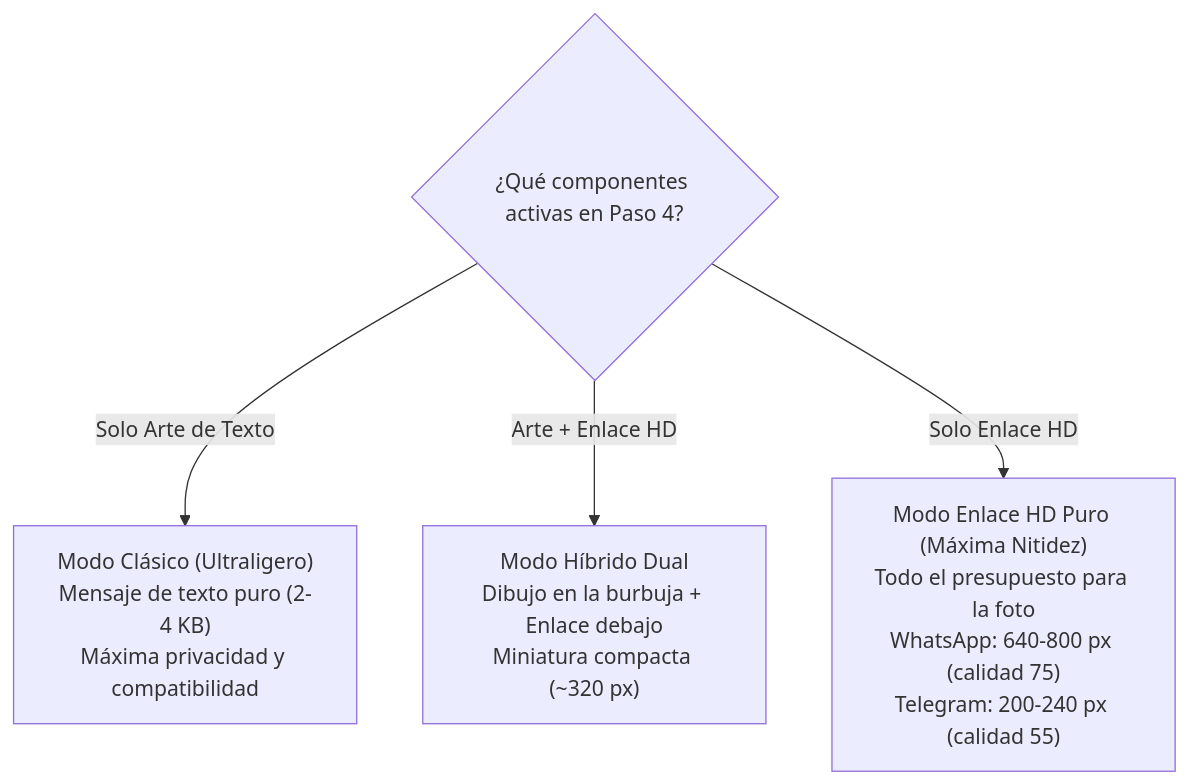
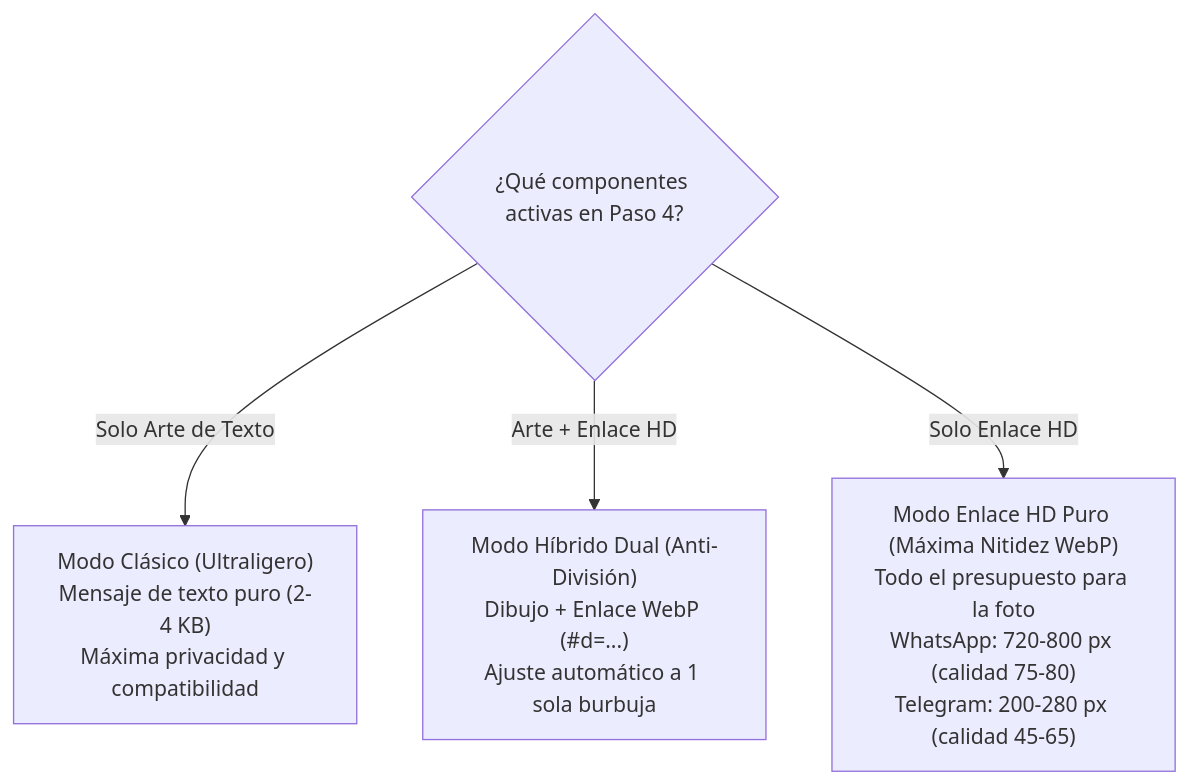
Before and after one commit to laralbir/img2asciiIM: the third of 4 diagrams in docs/USER_GUIDE.md, drawn with Mermaid. The commit also changed other lines of this file and 21 other files, not shown here.

Commit message:
fix(core): adapt deep links to message limits, WebP codec, app link intent, and clean empty state

````diff
--- a/docs/USER_GUIDE.md
+++ b/docs/USER_GUIDE.md
@@ -208,7 +208,7 @@
 ```mermaid
 flowchart TD
     Eleccion{"¿Qué componentes activas en Paso 4?"}
     Eleccion -->|"Solo Arte de Texto"| Modo1["Modo Clásico (Ultraligero)\nMensaje de texto puro (2-4 KB)\nMáxima privacidad y compatibilidad"]
-    Eleccion -->|"Arte + Enlace HD"| Modo2["Modo Híbrido Dual\nDibujo en la burbuja + Enlace debajo\nMiniatura compacta (~320 px)"]
-    Eleccion -->|"Solo Enlace HD"| Modo3["Modo Enlace HD Puro (Máxima Nitidez)\nTodo el presupuesto para la foto\nWhatsApp: 640-800 px (calidad 75)\nTelegram: 200-240 px (calidad 55)"]
+    Eleccion -->|"Arte + Enlace HD"| Modo2["Modo Híbrido Dual (Anti-División)\nDibujo + Enlace WebP (#d=...)\nAjuste automático a 1 sola burbuja"]
+    Eleccion -->|"Solo Enlace HD"| Modo3["Modo Enlace HD Puro (Máxima Nitidez WebP)\nTodo el presupuesto para la foto\nWhatsApp: 720-800 px (calidad 75-80)\nTelegram: 200-280 px (calidad 45-65)"]
 ```
````
